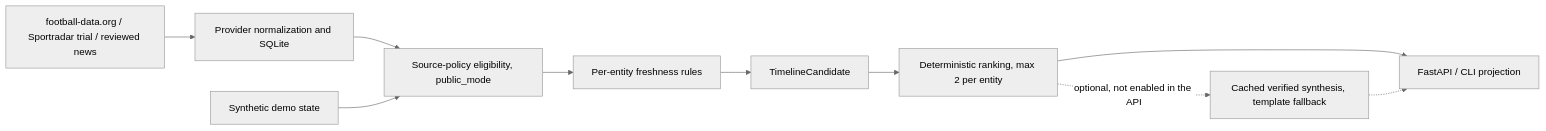
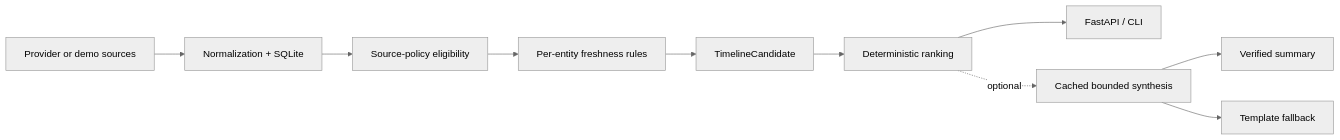
One commit to mhju0/sports-briefing changed the diagram in README.md. Above: the diagram before and after it, drawn with Mermaid (neutral theme). The commit also changed other lines of this file and 2 other files, not shown here.

Commit message:
Rewrite README for public project overview

````diff
--- a/README.md
+++ b/README.md
@@ -35,12 +19,13 @@
 ```mermaid
 flowchart LR
-    P[football-data.org / Sportradar trial / reviewed news] --> N[Provider normalization and SQLite]
-    N --> S[Source-policy eligibility, public_mode]
-    D[Synthetic demo state] --> S
-    S --> E[Per-entity freshness rules]
-    E --> C[TimelineCandidate]
-    C --> R[Deterministic ranking, max 2 per entity]
-    R --> O[FastAPI / CLI projection]
-    R -. optional, not enabled in the API .-> Y[Cached verified synthesis, template fallback]
-    Y -.-> O
+    A[Provider or demo sources] --> B[Normalization + SQLite]
+    B --> C[Source-policy eligibility]
+    C --> D[Per-entity freshness rules]
+    D --> E[TimelineCandidate]
+    E --> F[Deterministic ranking]
+    F --> G[FastAPI / CLI]
+
+    F -. optional .-> H[Cached bounded synthesis]
+    H --> I[Verified summary]
+    H --> J[Template fallback]
 ```
````
